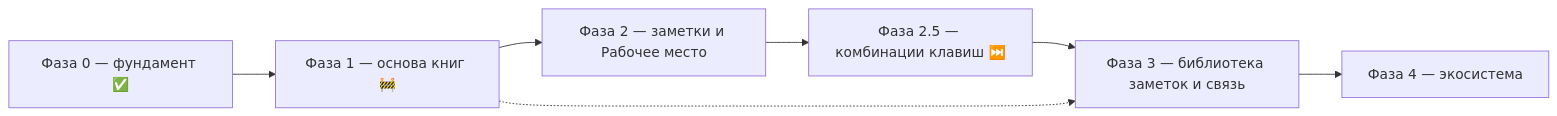
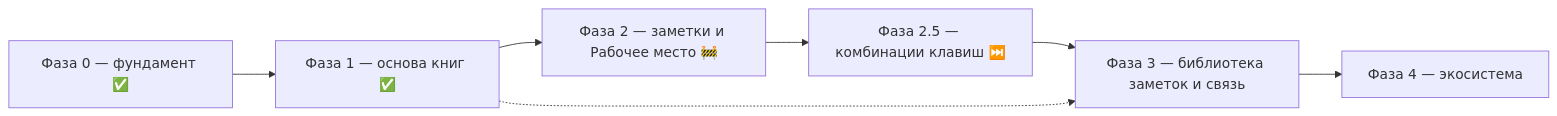
The diagram in ROADMAP.md (jarogor/context-app), drawn with Mermaid before and after one commit. The commit also changed other lines of this file and 39 other files, not shown here.

First line of the commit message:
openspec: архивация завершённых изменений и актуализация ROADMAP

````diff
--- a/ROADMAP.md
+++ b/ROADMAP.md
@@ -186,9 +181,9 @@
 ```mermaid
 flowchart LR
-  P0["Фаза 0 — фундамент ✅"] --> P1["Фаза 1 — основа книг 🚧"]
-  P1 --> P2["Фаза 2 — заметки и Рабочее место"]
+  P0["Фаза 0 — фундамент ✅"] --> P1["Фаза 1 — основа книг ✅"]
+  P1 --> P2["Фаза 2 — заметки и Рабочее место 🚧"]
   P2 --> P25["Фаза 2.5 — комбинации клавиш ⏭️"]
   P25 --> P3["Фаза 3 — библиотека заметок и связь"]
   P3 --> P4["Фаза 4 — экосистема"]
   P1 -.-> P3
 ```
````
